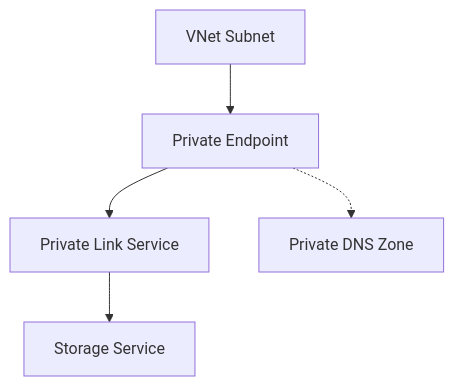
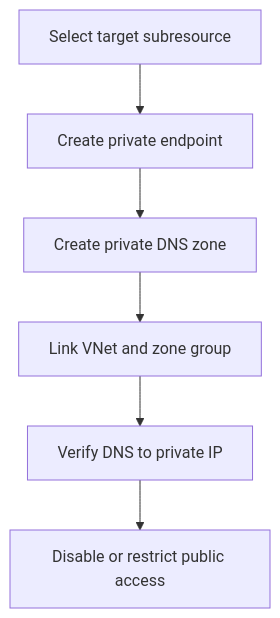
Before and after one commit to yeongseon/azure-storage-practical-guide: the diagram in docs/operations/use-private-endpoints.md, drawn with Mermaid. The commit also changed other lines of this file and 10 other files, not shown here.

````diff
--- a/docs/operations/use-private-endpoints.md
+++ b/docs/operations/use-private-endpoints.md
@@ -39,7 +47,8 @@
 ```mermaid
-graph TD
-    A[VNet Subnet] --> B[Private Endpoint]
-    B --> C[Private Link Service]
-    C --> D[Storage Service]
-    B -.-> E[Private DNS Zone]
+flowchart TD
+    A[Select target subresource] --> B[Create private endpoint]
+    B --> C[Create private DNS zone]
+    C --> D[Link VNet and zone group]
+    D --> E[Verify DNS to private IP]
+    E --> F[Disable or restrict public access]
 ```
````
